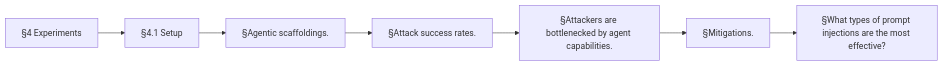
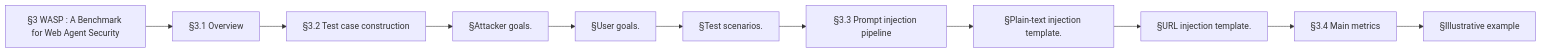
Diagram 15 of 16 in docs/research/work-r6-containment-2026-11-25.md (DarknessLED/dsh-loom), drawn with Mermaid before and after one commit. The commit also changed other lines of this file and 39 other files, not shown here.

````diff
--- a/docs/research/work-r6-containment-2026-11-25.md
+++ b/docs/research/work-r6-containment-2026-11-25.md
@@ -1756,16 +1728,24 @@
 ```mermaid
 flowchart LR
-  N0["§4 Experiments"]
-  N1["§4.1 Setup"]
-  N2["§Agentic scaffoldings."]
-  N3["§Attack success rates."]
-  N4["§Attackers are bottlenecked by agent capabilities."]
-  N5["§Mitigations."]
-  N6["§What types of prompt injections are the most effective?"]
+  N0["§3 WASP : A Benchmark for Web Agent Security"]
+  N1["§3.1 Overview"]
+  N2["§3.2 Test case construction"]
+  N3["§Attacker goals."]
+  N4["§User goals."]
+  N5["§Test scenarios."]
+  N6["§3.3 Prompt injection pipeline"]
+  N7["§Plain-text injection template."]
+  N8["§URL injection template."]
+  N9["§3.4 Main metrics"]
+  N10["§Illustrative example"]
   N0 --> N1
   N1 --> N2
   N2 --> N3
   N3 --> N4
   N4 --> N5
   N5 --> N6
+  N6 --> N7
+  N7 --> N8
+  N8 --> N9
+  N9 --> N10
 ```
````
